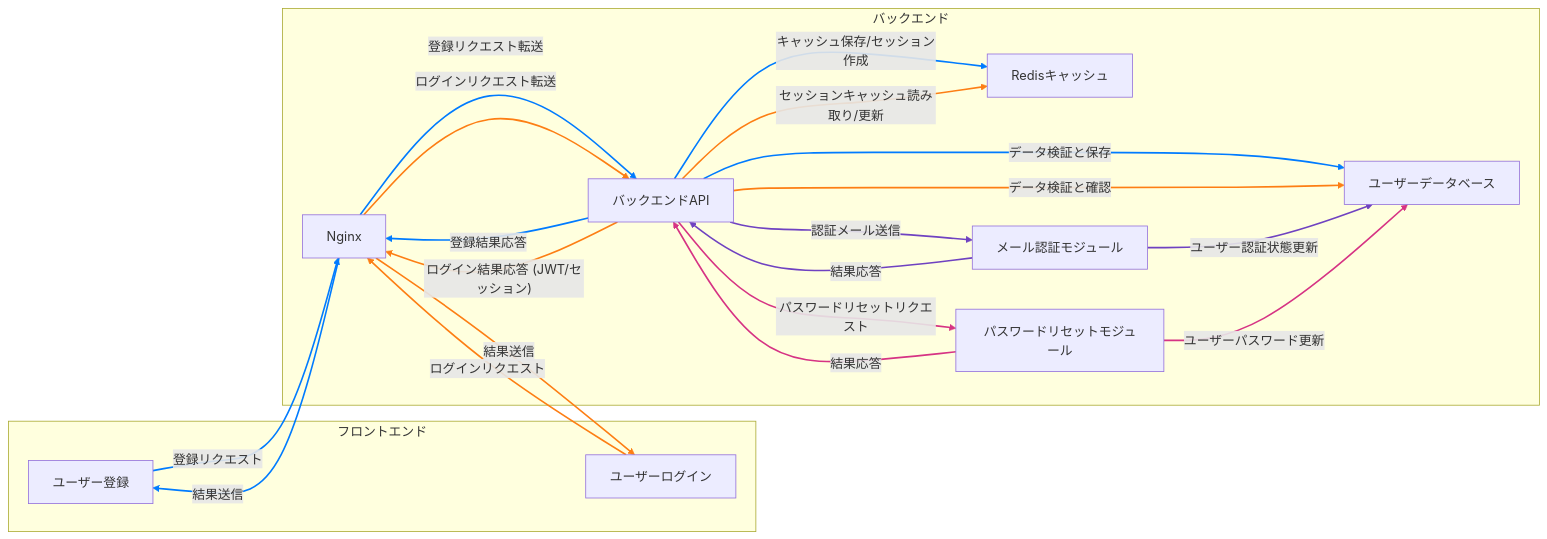
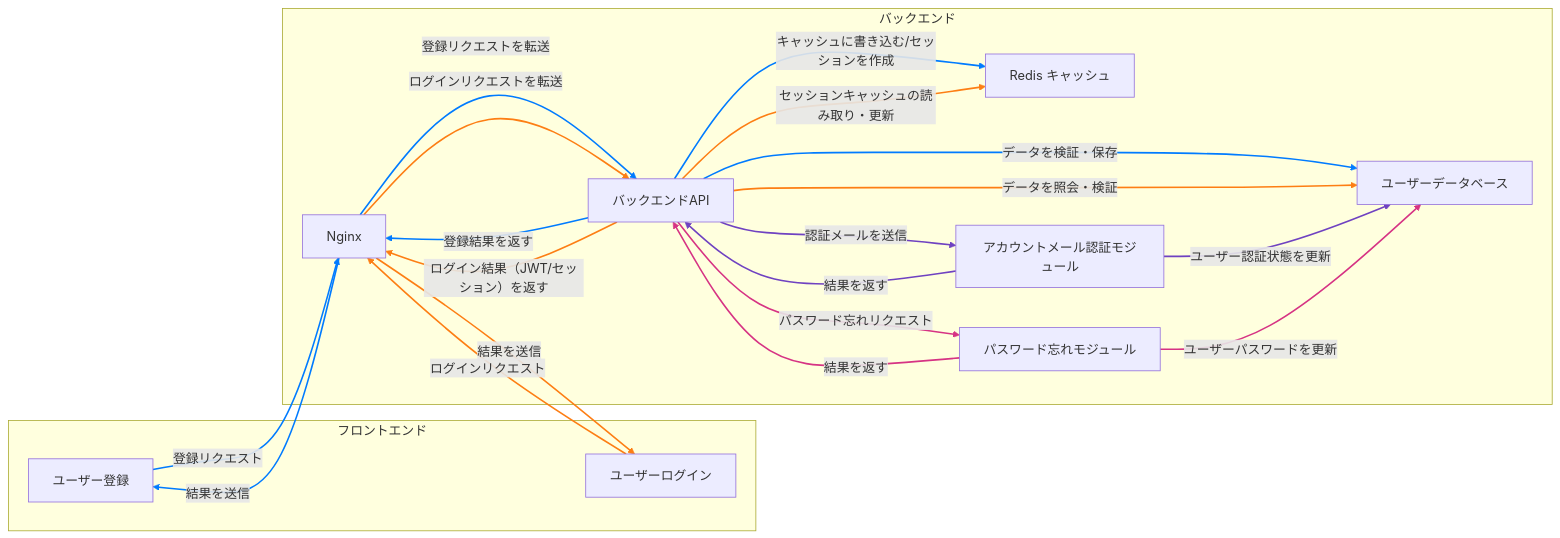
The second of 6 diagrams in i18n/ja/docusaurus-plugin-content-blog/2025/03-16-builds-dashboard-system/index.md (DocsaidLab/website), drawn with Mermaid before and after one commit. The commit also changed other lines of this file and 2 other files, not shown here.

````diff
--- a/i18n/ja/docusaurus-plugin-content-blog/2025/03-16-builds-dashboard-system/index.md
+++ b/i18n/ja/docusaurus-plugin-content-blog/2025/03-16-builds-dashboard-system/index.md
@@ -152,69 +198,70 @@
 ```mermaid
 graph LR
-    %% フロントエンド部分
+    %% フロントエンドブロック
     subgraph フロントエンド
         UserRegister[ユーザー登録]
         UserLogin[ユーザーログイン]
     end
 
-    %% バックエンド部分
+    %% バックエンドブロック
     subgraph バックエンド
         Nginx[Nginx]
         FastAPI[バックエンドAPI]
         UserDB[ユーザーデータベース]
-        Redis[Redisキャッシュ]
-        EmailVerification[メール認証モジュール]
-        ForgotPassword[パスワードリセットモジュール]
+        Redis[Redis キャッシュ]
+        EmailVerification[アカウントメール認証モジュール]
+        ForgotPassword[パスワード忘れモジュール]
     end
 
-    %% 登録プロセス (青)
+    %% 登録プロセス（青色）
     UserRegister -- "登録リクエスト" --> Nginx
-    Nginx -- "登録リクエスト転送" --> FastAPI
-    FastAPI -- "データ検証と保存" --> UserDB
-    FastAPI -- "キャッシュ保存/セッション作成" --> Redis
-    FastAPI -- "登録結果応答" --> Nginx
-    Nginx -- "結果送信" --> UserRegister
+    Nginx -- "登録リクエストを転送" --> FastAPI
+    FastAPI -- "データを検証・保存" --> UserDB
+    FastAPI -- "キャッシュに書き込む/セッションを作成" --> Redis
+    FastAPI -- "登録結果を返す" --> Nginx
+    Nginx -- "結果を送信" --> UserRegister
 
-    %% ログインプロセス (オレンジ)
+    %% ログインプロセス（オレンジ色）
     UserLogin -- "ログインリクエスト" --> Nginx
-    Nginx -- "ログインリクエスト転送" --> FastAPI
-    FastAPI -- "データ検証と確認" --> UserDB
-    FastAPI -- "セッションキャッシュ読み取り/更新" --> Redis
-    FastAPI -- "ログイン結果応答 (JWT/セッション)" --> Nginx
-    Nginx -- "結果送信" --> UserLogin
+    Nginx -- "ログインリクエストを転送" --> FastAPI
+    FastAPI -- "データを照会・検証" --> UserDB
+    FastAPI -- "セッションキャッシュの読み取り・更新" --> Redis
+    FastAPI -- "ログイン結果（JWT/セッション）を返す" --> Nginx
+    Nginx -- "結果を送信" --> UserLogin
 
-    %% メール認証プロセス (紫) - バックエンドとのやり取りを示す
-    FastAPI -- "認証メール送信" --> EmailVerification
-    EmailVerification -- "ユーザー認証状態更新" --> UserDB
-    EmailVerification -- "結果応答" --> FastAPI
+    %% アカウントメール認証プロセス（紫色）- バックエンドとのやり取り
+    FastAPI -- "認証メールを送信" --> EmailVerification
+    EmailVerification -- "ユーザー認証状態を更新" --> UserDB
+    EmailVerification -- "結果を返す" --> FastAPI
 
-    %% パスワードリセットプロセス (ピンク) - バックエンドとのやり取りを示す
-    FastAPI -- "パスワードリセットリクエスト" --> ForgotPassword
-    ForgotPassword -- "ユーザーパスワード更新" --> UserDB
-    ForgotPassword -- "結果応答" --> FastAPI
+    %% パスワード忘れプロセス（ピンク色）- バックエンドとのやり取り
+    FastAPI -- "パスワード忘れリクエスト" --> ForgotPassword
+    ForgotPassword -- "ユーザーパスワードを更新" --> UserDB
+    ForgotPassword -- "結果を返す" --> FastAPI
 
-    %% 元々の矢印スタイル設定 (登録=青 / ログイン=オレンジ)
+    %% 既存の矢印スタイル設定（登録=青色 / ログイン=オレンジ色）
     linkStyle 0 stroke:#007BFF,stroke-width:2px
     linkStyle 1 stroke:#007BFF,stroke-width:2px
     linkStyle 2 stroke:#007BFF,stroke-width:2px
     linkStyle 3 stroke:#007BFF,stroke-width:2px
     linkStyle 4 stroke:#007BFF,stroke-width:2px
     linkStyle 5 stroke:#007BFF,stroke-width:2px
 
     linkStyle 6 stroke:#fd7e14,stroke-width:2px
     linkStyle 7 stroke:#fd7e14,stroke-width:2px
     linkStyle 8 stroke:#fd7e14,stroke-width:2px
     linkStyle 9 stroke:#fd7e14,stroke-width:2px
     linkStyle 10 stroke:#fd7e14,stroke-width:2px
     linkStyle 11 stroke:#fd7e14,stroke-width:2px
 
-    %% メール認証プロセスの矢印 (紫色：12番目から始まる)
+    %% メール認証プロセスの矢印（紫色：12番目のリンクから）
     linkStyle 12 stroke:#6f42c1,stroke-width:2px
     linkStyle 13 stroke:#6f42c1,stroke-width:2px
     linkStyle 14 stroke:#6f42c1,stroke-width:2px
 
-    %% パスワードリセットプロセスの矢印 (ピンク色：15番目から始まる)
+    %% パスワード忘れプロセスの矢印（ピンク色：15番目のリンクから）
     linkStyle 15 stroke:#d63384,stroke-width:2px
     linkStyle 16 stroke:#d63384,stroke-width:2px
     linkStyle 17 stroke:#d63384,stroke-width:2px
+
 ```
````
